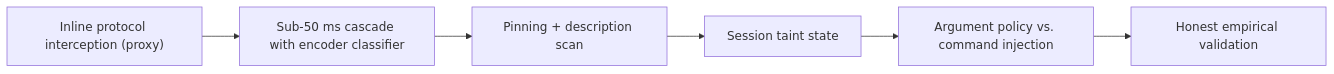
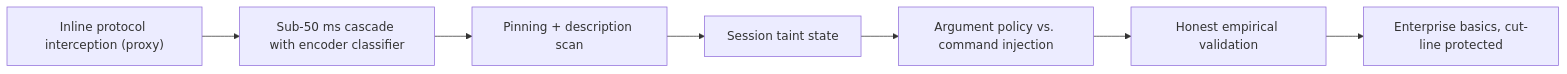
One commit to rishikeshvarma/MCP-Shield changed the fifth of 10 diagrams in MCP-Shield Complete Presentation Script & Project Blueprint.md. Above: the diagram before and after it, drawn with Mermaid. The commit also changed other lines of this file and 12 other files, not shown here.

First line of the commit message:
Close planning-phase limitations; add Stage 1E enterprise basics

````diff
--- a/MCP-Shield Complete Presentation Script & Project Blueprint.md
+++ b/MCP-Shield Complete Presentation Script & Project Blueprint.md
@@ -172,8 +172,9 @@
 ```mermaid
 graph LR
     Obj1["Inline protocol interception (proxy)"] --> Obj2["Sub-50 ms cascade with encoder classifier"]
     Obj2 --> Obj3["Pinning + description scan"]
     Obj3 --> Obj4["Session taint state"]
     Obj4 --> Obj5["Argument policy vs. command injection"]
     Obj5 --> Obj6["Honest empirical validation"]
+    Obj6 --> Obj7["Enterprise basics, cut-line protected"]
 ```
````
